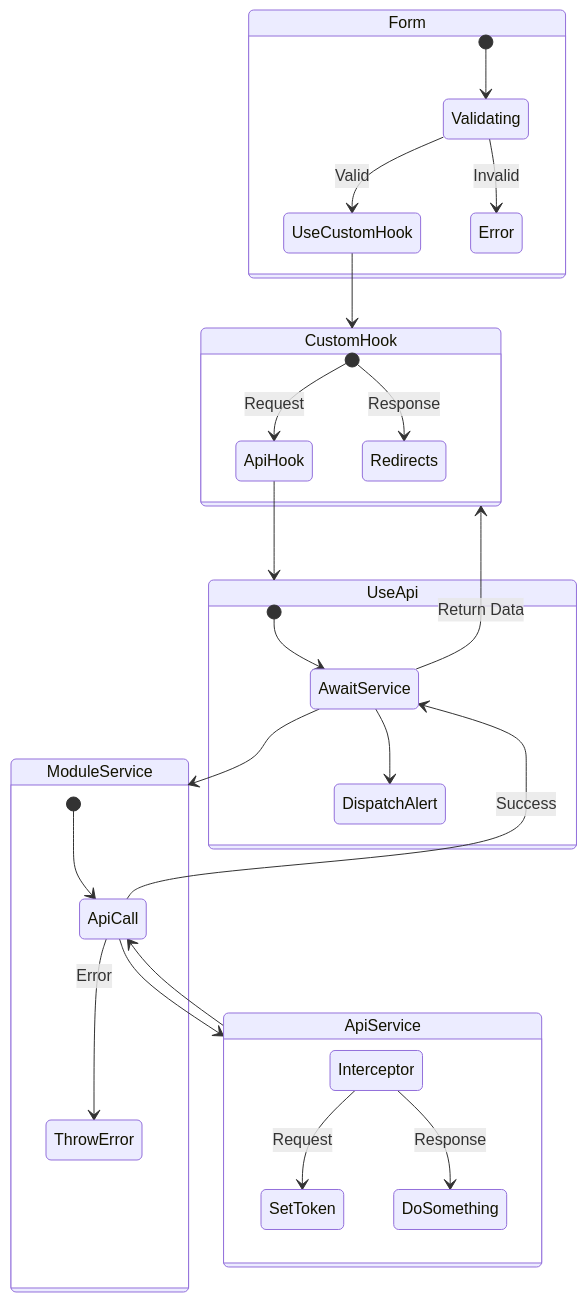
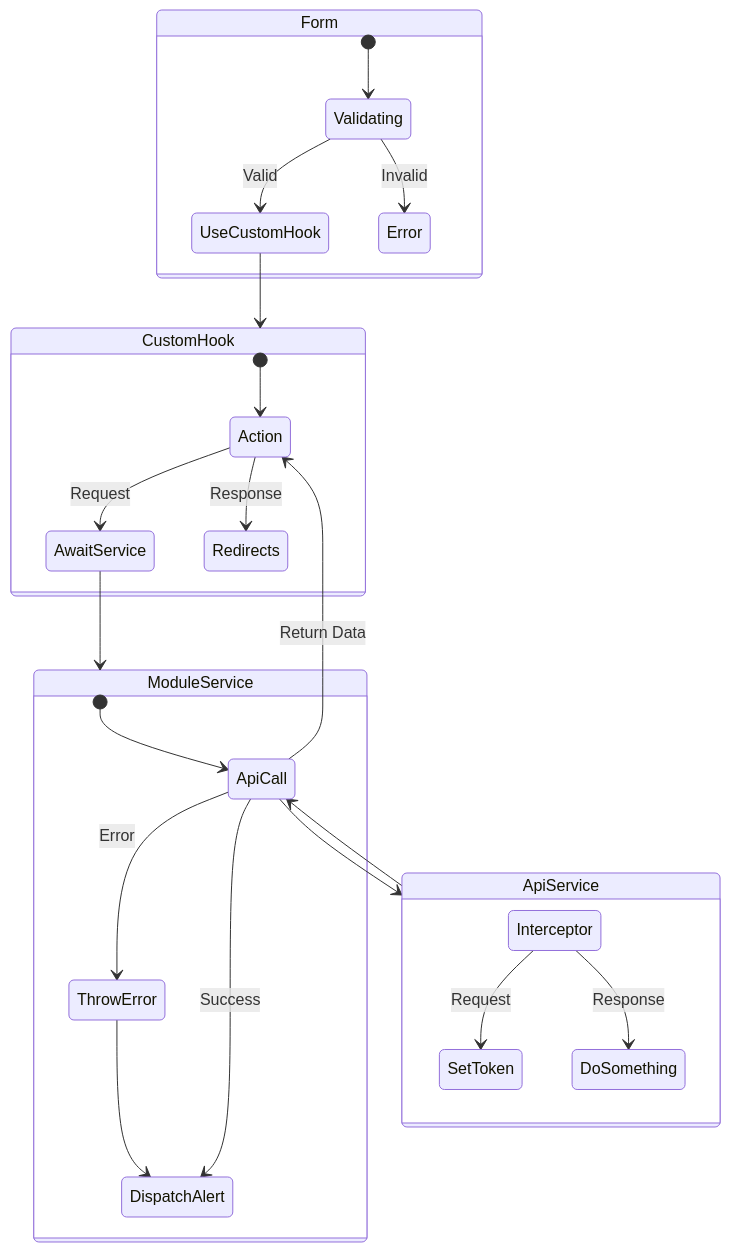
The third of 9 diagrams in system_design.md (Vestigialmars5/TMS-Project), drawn with Mermaid before and after one commit. The commit also changed other lines of this file, not shown here.

Commit message:
Update: Remove useApi
- Will manually implement the loading section (only part useful) into each custom hook

````diff
--- a/system_design.md
+++ b/system_design.md
@@ -1557,31 +1556,28 @@
 ```mermaid
 stateDiagram-v2
     state Form {
         [*] --> Validating
         Validating --> UseCustomHook : Valid
         Validating --> Error : Invalid
     }
     UseCustomHook --> CustomHook
     state CustomHook {
-        [*] --> ApiHook : Request
-        [*] --> Redirects : Response
-    }
-    ApiHook --> UseApi
-    state UseApi {
-        [*] --> AwaitService
-        AwaitService --> DispatchAlert
+        [*] --> Action
+        Action --> AwaitService : Request
+        Action --> Redirects : Response
     }
     AwaitService --> ModuleService
     state ModuleService {
         [*] --> ApiCall
         ApiCall --> ThrowError : Error
+        ThrowError --> DispatchAlert
+        ApiCall --> DispatchAlert : Success
     }
     ApiCall --> ApiService
     ApiService --> ApiCall
     state ApiService {
         Interceptor --> SetToken : Request
         Interceptor --> DoSomething : Response
     }
-    ApiCall --> AwaitService : Success
-    AwaitService --> CustomHook : Return Data
+    ApiCall --> Action : Return Data
 ```
````
